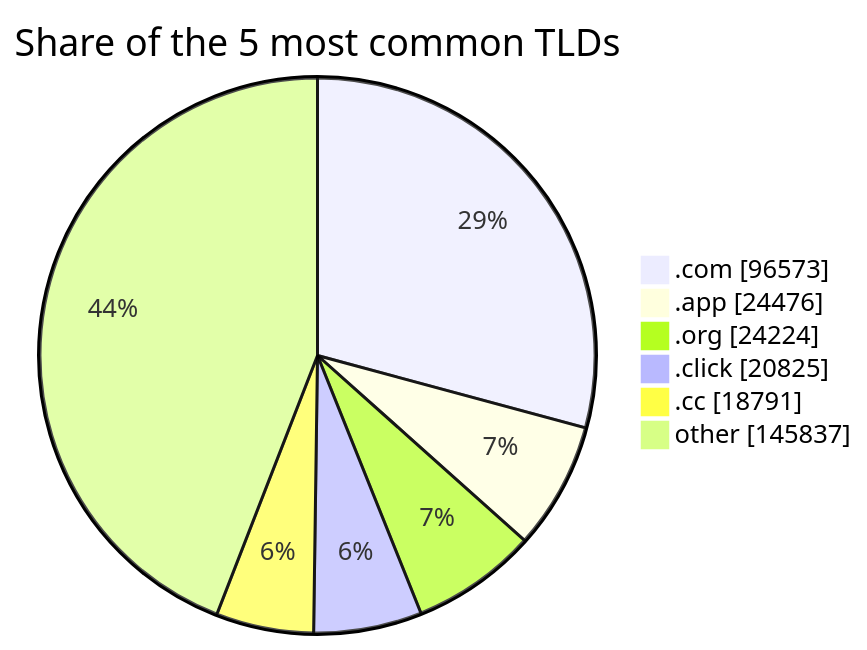
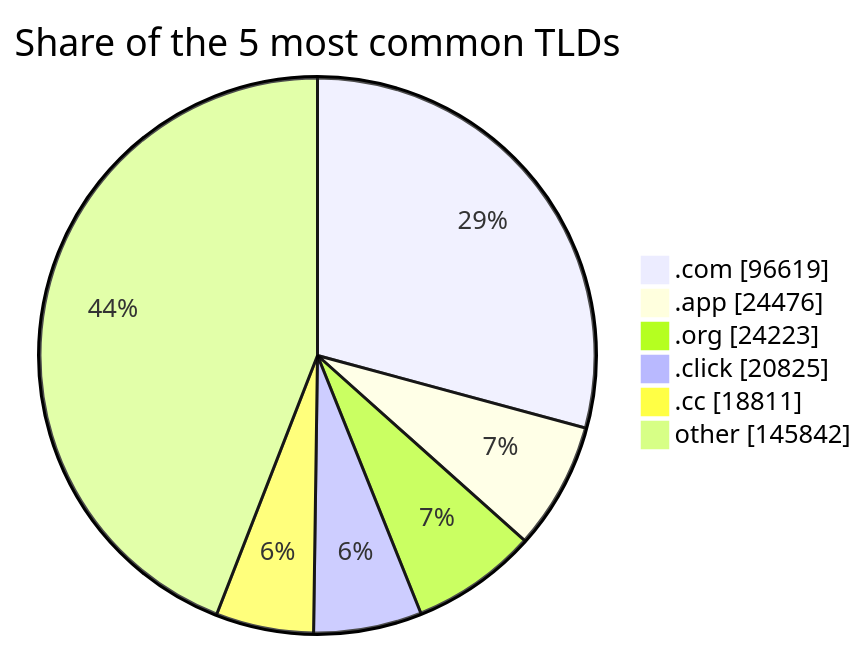
One commit to DNSBunker/CTI changed the third of 3 diagrams in README.md. Above: the diagram before and after it, drawn with Mermaid. The commit also changed other lines of this file and 4 other files, not shown here.

````diff
--- a/README.md
+++ b/README.md
@@ -81,9 +81,9 @@
 ```mermaid
 pie showData title Share of the 5 most common TLDs
-    ".com" : 96573
+    ".com" : 96619
     ".app" : 24476
-    ".org" : 24224
+    ".org" : 24223
     ".click" : 20825
-    ".cc" : 18791
-    "other" : 145837
+    ".cc" : 18811
+    "other" : 145842
 ```
````
